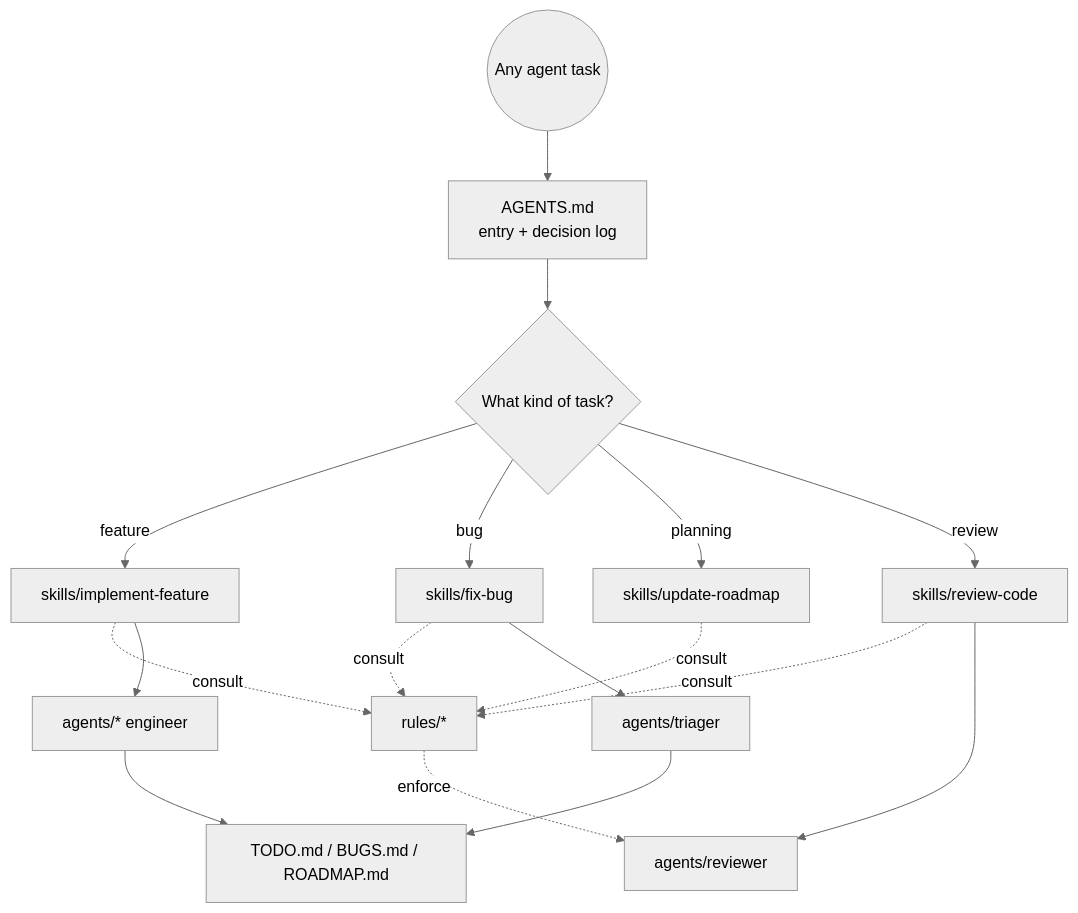
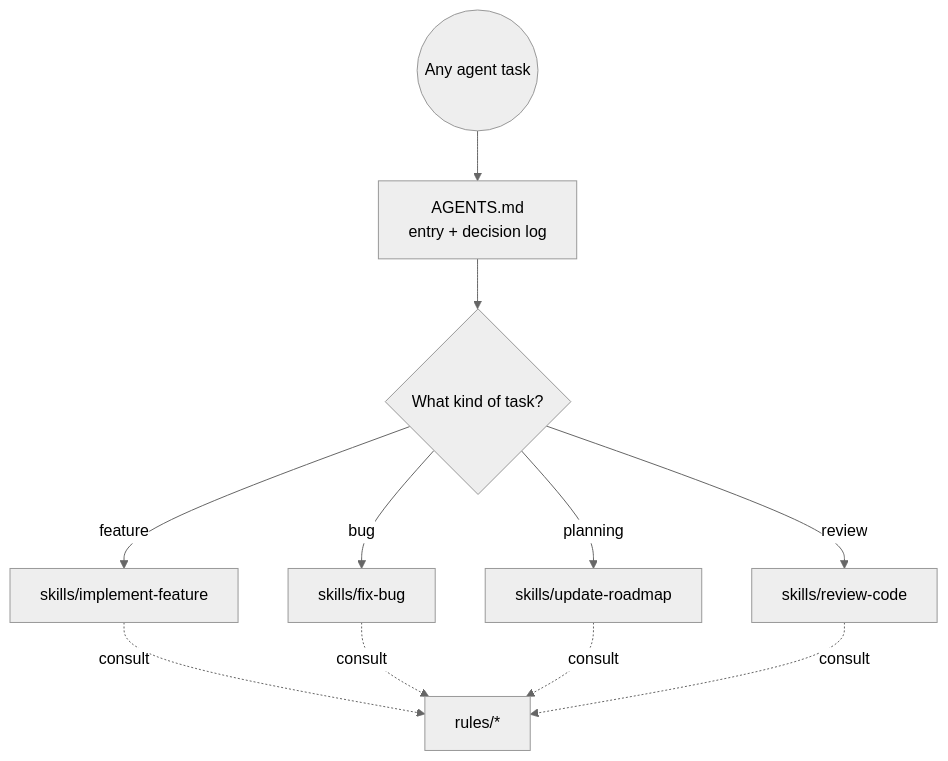
Before and after one commit to HELIX-Origin/nhentai-desktop: the first of 2 diagrams in .agents/README.md, drawn with Mermaid (neutral theme). The commit also changed other lines of this file and 69 other files, not shown here.

````diff
--- a/.agents/README.md
+++ b/.agents/README.md
@@ -62,15 +62,10 @@
 ```mermaid
 flowchart TD
     START((Any agent task)) --> ROOT[AGENTS.md<br/>entry + decision log]
     ROOT --> Q{What kind of task?}
     Q -- feature --> IMPL[skills/implement-feature]
     Q -- bug --> FIX[skills/fix-bug]
     Q -- planning --> PLAN[skills/update-roadmap]
     Q -- review --> REV[skills/review-code]
     IMPL & FIX & PLAN & REV -. consult .-> RULES[rules/*]
-    IMPL --> ENG[agents/* engineer]
-    FIX --> TRI[agents/triager]
-    REV --> REVW[agents/reviewer]
-    RULES -. enforce .-> REVW
-    ENG & TRI --> DOCS[TODO.md / BUGS.md / ROADMAP.md]
 ```
````
